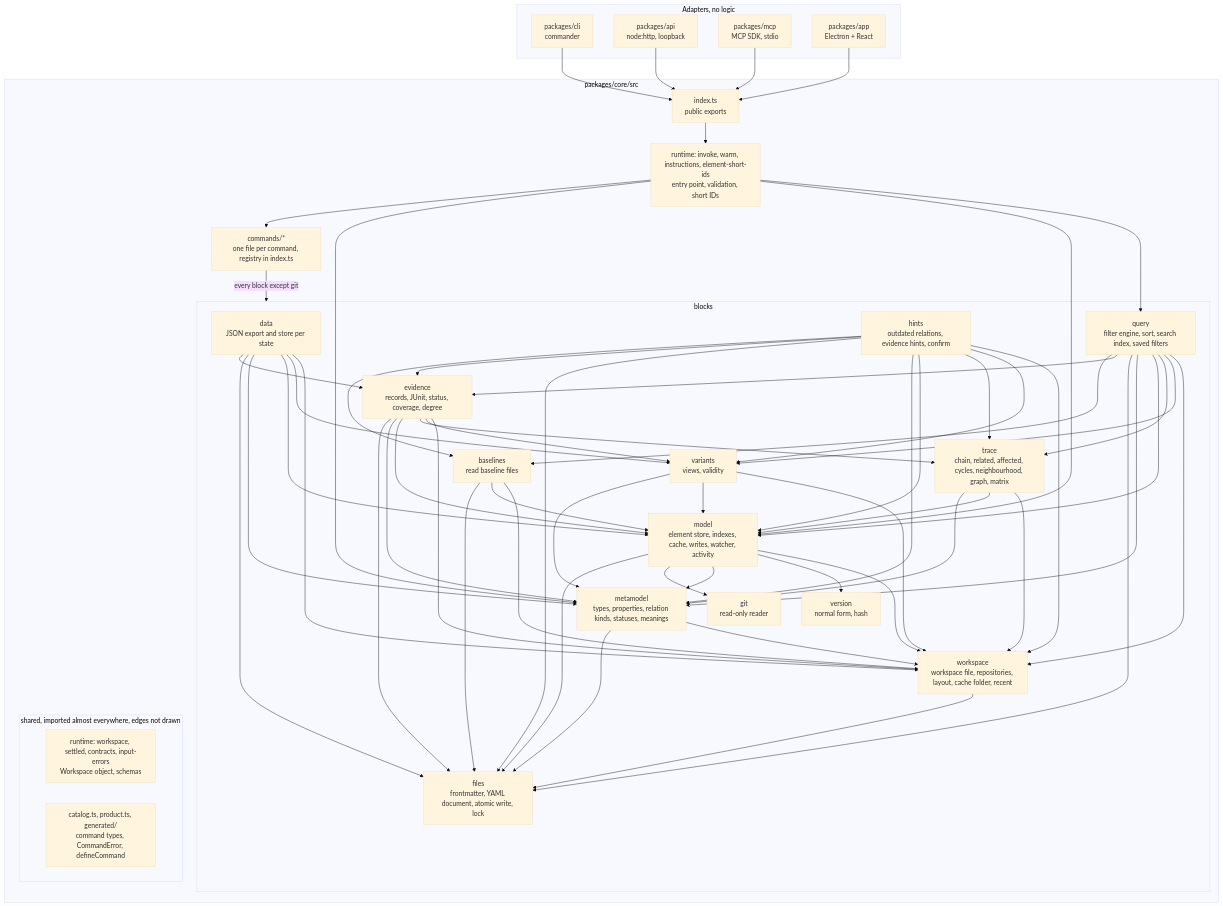
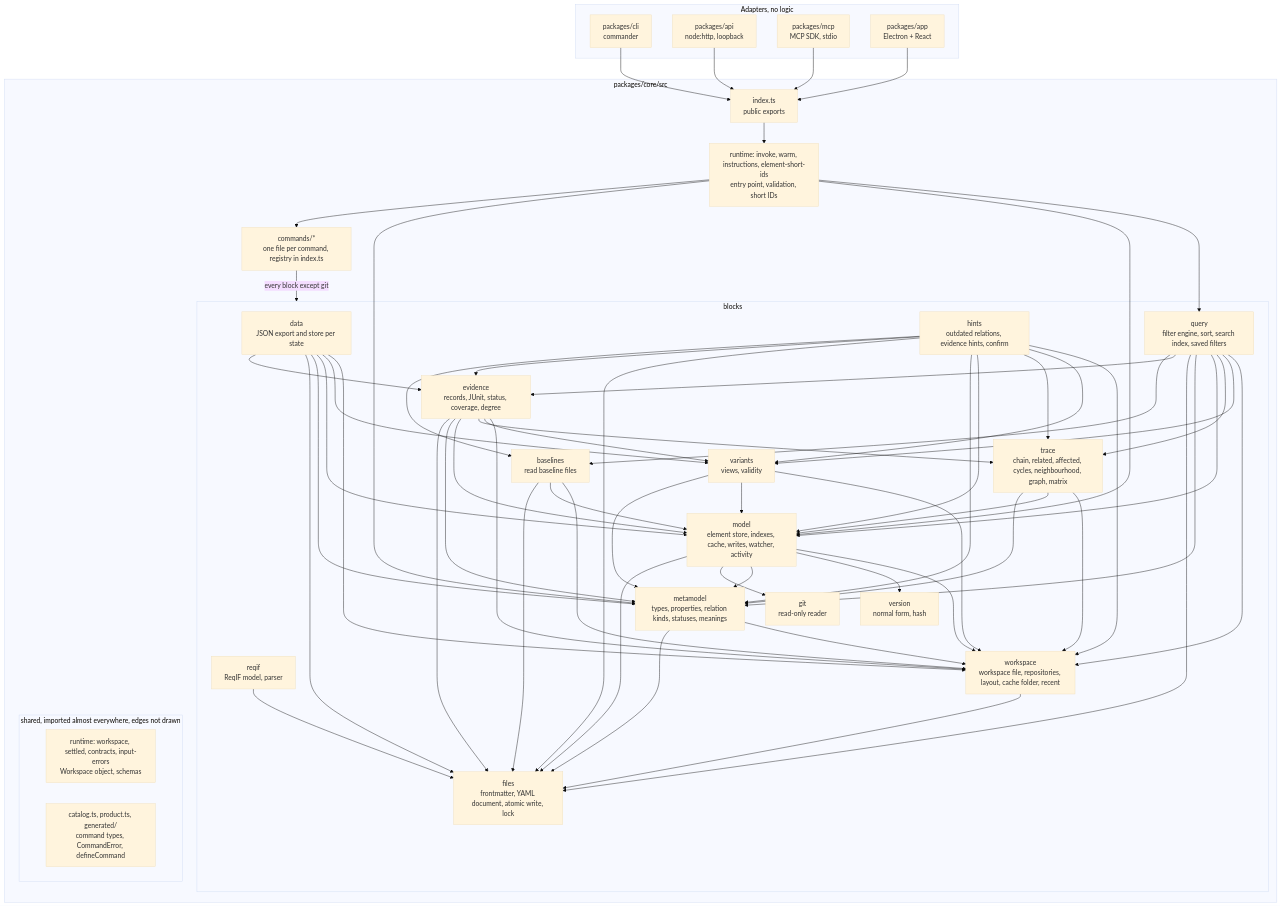
One commit to ThomasBirkmaier/ReqSeq changed the second of 4 diagrams in docs/architecture/README.md. Above: the diagram before and after it, drawn with Mermaid (base theme). The commit also changed other lines of this file and 8 other files, not shown here.

First line of the commit message:
feat(core): ReqIF 1.2 model and parser on the XML scanner

````diff
--- a/docs/architecture/README.md
+++ b/docs/architecture/README.md
@@ -86,47 +86,49 @@
 ```mermaid
 flowchart TB
   subgraph adapters[Adapters, no logic]
     cli[packages/cli<br/>commander]
     api[packages/api<br/>node:http, loopback]
     mcp[packages/mcp<br/>MCP SDK, stdio]
     app[packages/app<br/>Electron + React]
   end
   subgraph core[packages/core/src]
     index[index.ts<br/>public exports]
     entry[runtime: invoke, warm, instructions, element-short-ids<br/>entry point, validation, short IDs]
     commands[commands/*<br/>one file per command, registry in index.ts]
     subgraph blocks[blocks]
       data[data<br/>JSON export and store per state]
+      reqif[reqif<br/>ReqIF model, parser]
       query[query<br/>filter engine, sort, search index, saved filters]
       hints[hints<br/>outdated relations, evidence hints, confirm]
       evidence[evidence<br/>records, JUnit, status, coverage, degree]
       trace[trace<br/>chain, related, affected, cycles, neighbourhood, graph, matrix]
       variants[variants<br/>views, validity]
       baselines[baselines<br/>read baseline files]
       model[model<br/>element store, indexes, cache, writes, watcher, activity]
       mm[metamodel<br/>types, properties, relation kinds, statuses, meanings]
       ws[workspace<br/>workspace file, repositories, layout, cache folder, recent]
       files[files<br/>frontmatter, YAML document, atomic write, lock]
       version[version<br/>normal form, hash]
       git[git<br/>read-only reader]
     end
     subgraph shared[shared, imported almost everywhere, edges not drawn]
       state[runtime: workspace, settled, contracts, input-errors<br/>Workspace object, schemas]
       catalog[catalog.ts, product.ts, generated/<br/>command types, CommandError, defineCommand]
     end
   end
   cli & api & mcp & app --> index
   index --> entry
   entry --> commands & mm & model & query
   commands -->|every block except git| blocks
   data --> evidence & files & mm & model & variants & ws
+  reqif --> files
   query --> baselines & evidence & files & mm & model & trace & variants & ws
   hints --> baselines & evidence & files & mm & model & trace & variants & ws
   evidence --> files & mm & model & trace & variants & ws
   trace --> mm & model & ws
   variants --> mm & model & ws
   baselines --> files & model & ws
   model --> files & git & mm & version & ws
   mm --> files & ws
   ws --> files
 ```
````
